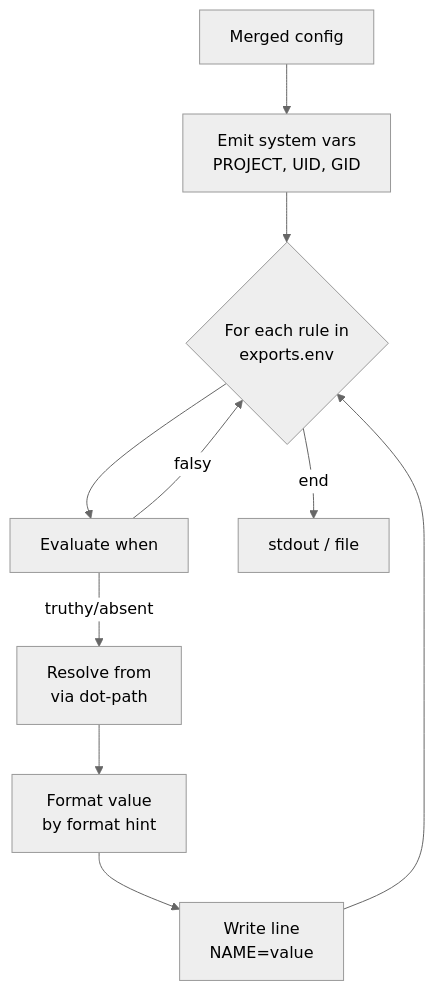
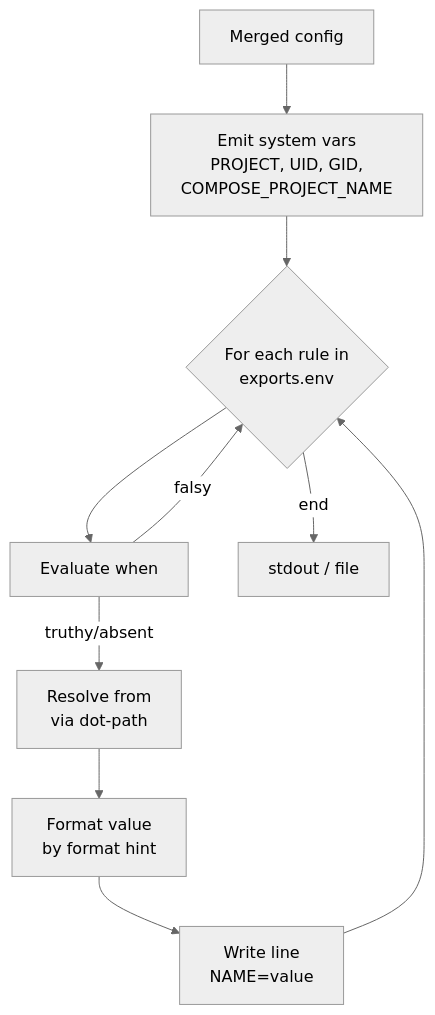
One commit to semsemyonoff/dwe changed the first of 2 diagrams in docs/reference/render/env.md. Above: the diagram before and after it, drawn with Mermaid (neutral theme). The commit also changed other lines of this file and 24 other files, not shown here.

First line of the commit message:
feat(env)!: export COMPOSE_PROJECT_NAME as a reserved .env variable

````diff
--- a/docs/reference/render/env.md
+++ b/docs/reference/render/env.md
@@ -24,12 +24,12 @@
 ```mermaid
 flowchart TD
-  M["Merged config"] --> SYS["Emit system vars<br/>PROJECT, UID, GID"]
+  M["Merged config"] --> SYS["Emit system vars<br/>PROJECT, UID, GID,<br/>COMPOSE_PROJECT_NAME"]
   SYS --> R{"For each rule in<br/>exports.env"}
   R --> W["Evaluate when"]
   W -- falsy --> R
   W -- "truthy/absent" --> V["Resolve from<br/>via dot-path"]
   V --> F["Format value<br/>by format hint"]
   F --> O["Write line<br/>NAME=value"]
   O --> R
   R -- "end" --> OUT["stdout / file"]
 ```
````
